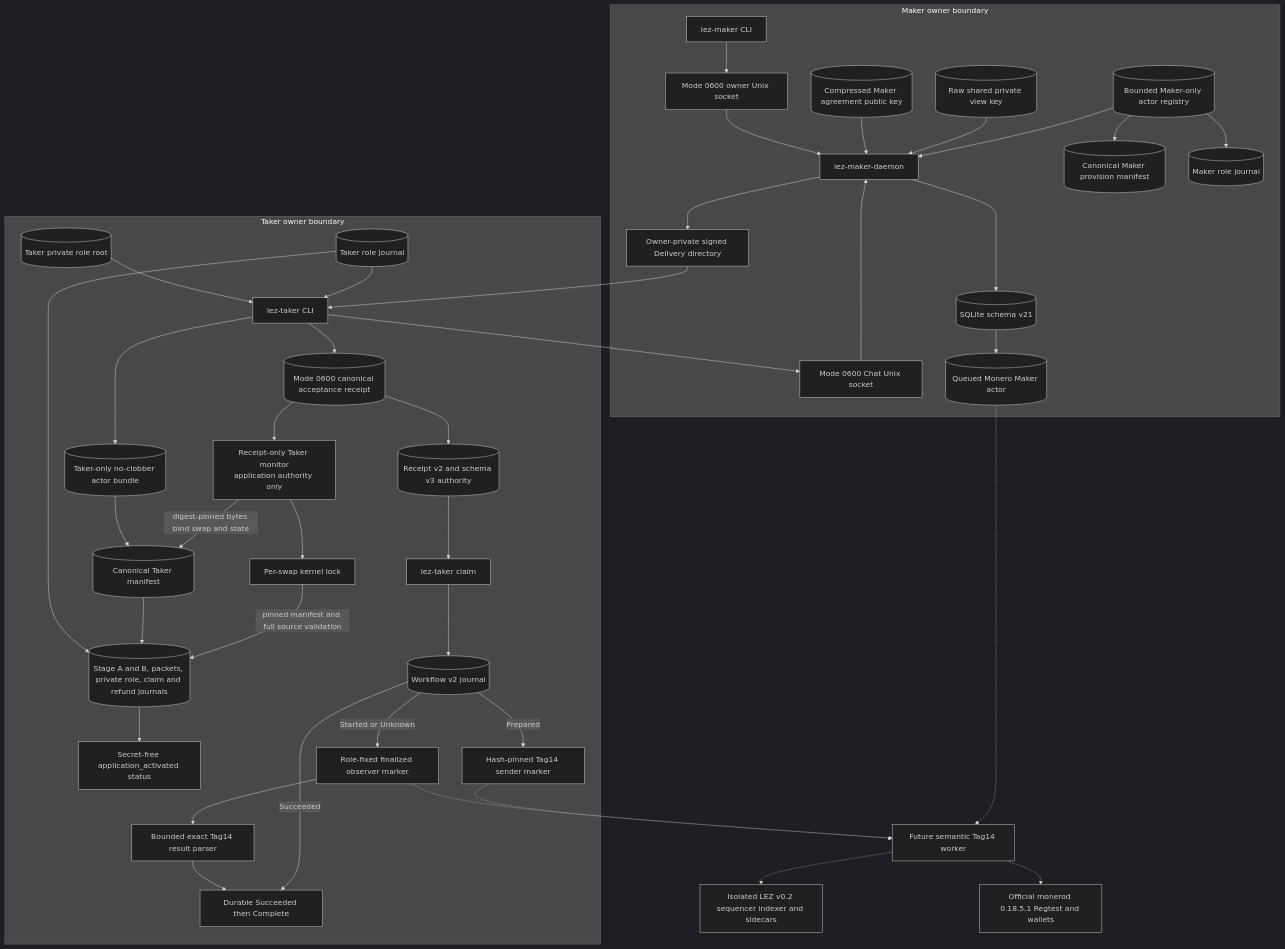
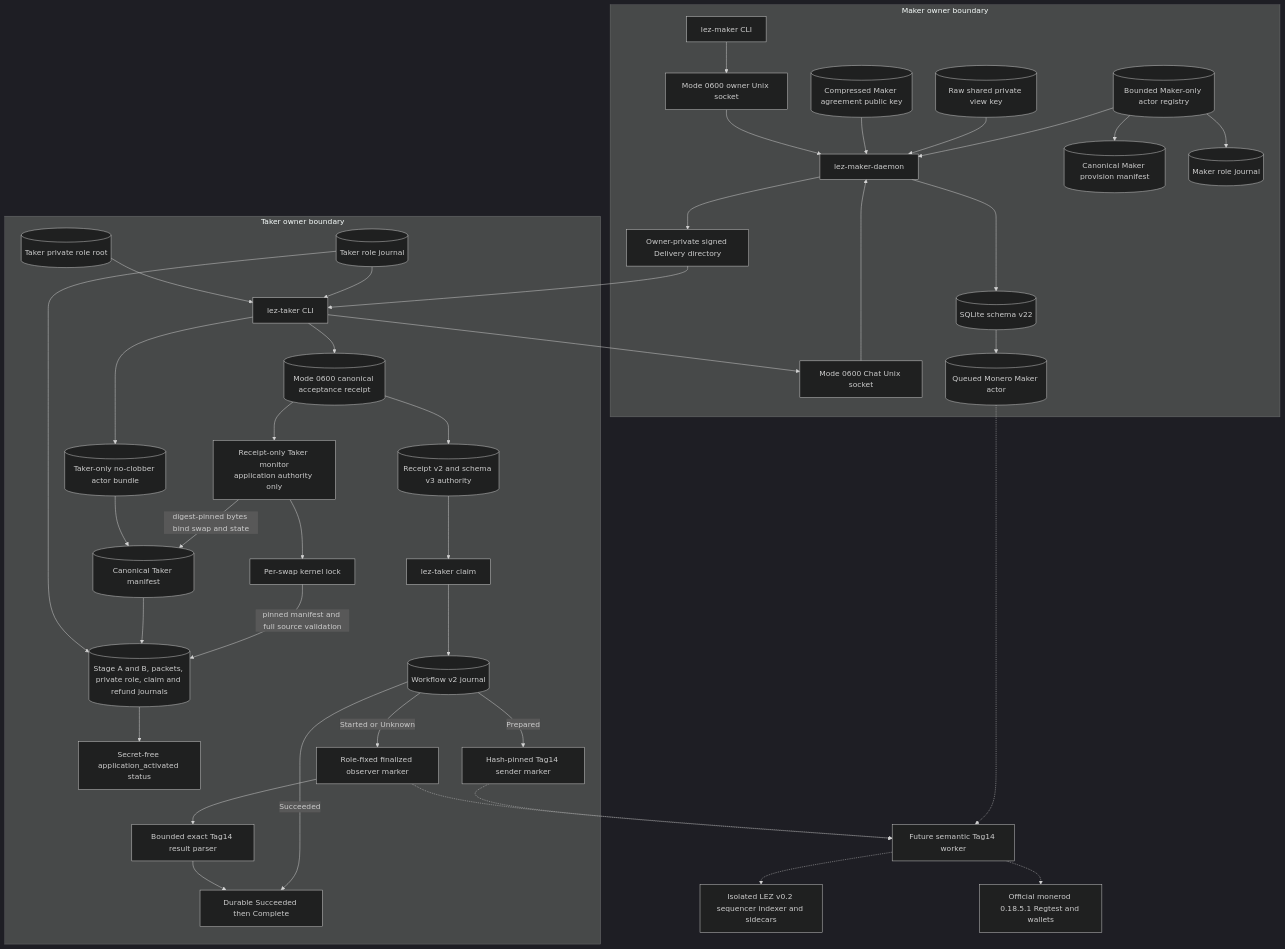
Before and after one commit to gateway-fm/lez-atomic-swaps: the ninth of 24 diagrams in docs/architecture/deployment-components-and-rpcs.md, drawn with Mermaid (dark theme). The commit also changed other lines of this file and 8 other files, not shown here.

````diff
--- a/docs/architecture/deployment-components-and-rpcs.md
+++ b/docs/architecture/deployment-components-and-rpcs.md
@@ -859,76 +867,76 @@
 ```mermaid
 flowchart TB
     subgraph MakerBoundary["Maker owner boundary"]
         MakerCli["lez-maker CLI"]
         OwnerSocket["Mode 0600 owner Unix socket"]
         Daemon["lez-maker-daemon"]
         ChatSocket["Mode 0600 Chat Unix socket"]
-        Store[("SQLite schema v21")]
+        Store[("SQLite schema v22")]
         Delivery["Owner-private signed Delivery directory"]
         AgreementKey[("Compressed Maker agreement public key")]
         ViewKey[("Raw shared private view key")]
         Registry[("Bounded Maker-only actor registry")]
         MakerManifest[("Canonical Maker provision manifest")]
         MakerJournal[("Maker role journal")]
         MakerActor[("Queued Monero Maker actor")]
     end
 
     subgraph TakerBoundary["Taker owner boundary"]
         TakerCli["lez-taker CLI"]
         TakerRoot[("Taker private role root")]
         TakerJournal[("Taker role journal")]
         TakerActor[("Taker-only no-clobber actor bundle")]
         Receipt[("Mode 0600 canonical acceptance receipt")]
         TakerManifest[("Canonical Taker manifest")]
         TakerAuthority[("Stage A and B, packets, private role, claim and refund journals")]
         MonitorLock["Per-swap kernel lock"]
         Monitor["Receipt-only Taker monitor<br/>application authority only"]
         MonitorStatus["Secret-free application_activated status"]
         EffectReceipt[("Receipt v2 and schema v3 authority")]
         Claim["lez-taker claim"]
         Workflow[("Workflow v2 journal")]
         Marker["Hash-pinned Tag14 sender marker"]
         Observer["Role-fixed finalized observer marker"]
         Parser["Bounded exact Tag14 result parser"]
         Reconciled["Durable Succeeded then Complete"]
     end
 
     MakerCli --> OwnerSocket
     OwnerSocket --> Daemon
     Daemon --> Store
     Daemon --> Delivery
     Delivery --> TakerCli
     TakerCli --> ChatSocket
     ChatSocket --> Daemon
     AgreementKey --> Daemon
     ViewKey --> Daemon
     Registry --> Daemon
     Registry --> MakerManifest
     Registry --> MakerJournal
     Store --> MakerActor
     TakerRoot --> TakerCli
     TakerJournal --> TakerCli
     TakerCli --> TakerActor
     TakerCli --> Receipt
     TakerActor --> TakerManifest
     TakerJournal --> TakerAuthority
     Receipt --> Monitor
     Monitor -->|"digest-pinned bytes bind swap and state"| TakerManifest
     Monitor --> MonitorLock
     TakerManifest --> TakerAuthority
     MonitorLock -->|"pinned manifest and full source validation"| TakerAuthority
     TakerAuthority --> MonitorStatus
     Receipt --> EffectReceipt
     EffectReceipt --> Claim
     Claim --> Workflow
     Workflow -->|"Prepared"| Marker
     Workflow -->|"Started or Unknown"| Observer
     Observer --> Parser
     Parser --> Reconciled
     Workflow -->|"Succeeded"| Reconciled
     Marker -.-> SemanticSupervisor
     Observer -.-> SemanticSupervisor["Future semantic Tag14 worker"]
     MakerActor -.-> SemanticSupervisor
     SemanticSupervisor -.-> LezNodes["Isolated LEZ v0.2 sequencer indexer and sidecars"]
     SemanticSupervisor -.-> MoneroNodes["Official monerod 0.18.5.1 Regtest and wallets"]
 ```
````
